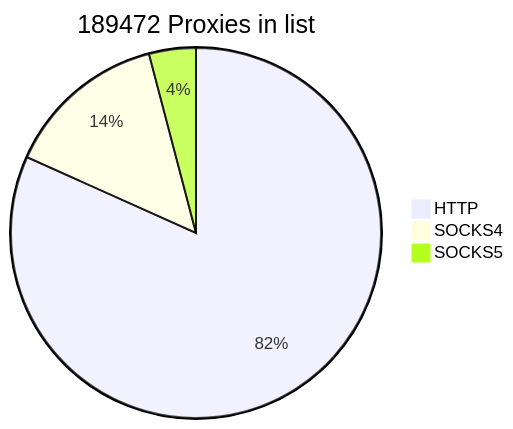
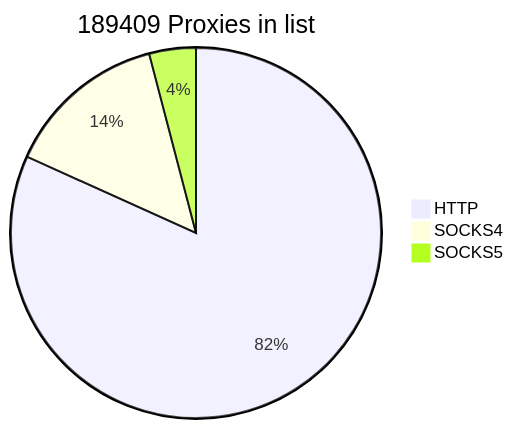
Before and after one commit to cutipu/proxylist: the first of 2 diagrams in README.md, drawn with Mermaid. The commit also changed other lines of this file, not shown here.

````diff
--- a/README.md
+++ b/README.md
@@ -2,7 +2,7 @@
 ```mermaid
-pie title 189472 Proxies in list
-    "HTTP" : 154826
-    "SOCKS4" : 26900
-    "SOCKS5" : 7746
+pie title 189409 Proxies in list
+    "HTTP" : 154844
+    "SOCKS4" : 26858
+    "SOCKS5" : 7707
             
 ```
````
